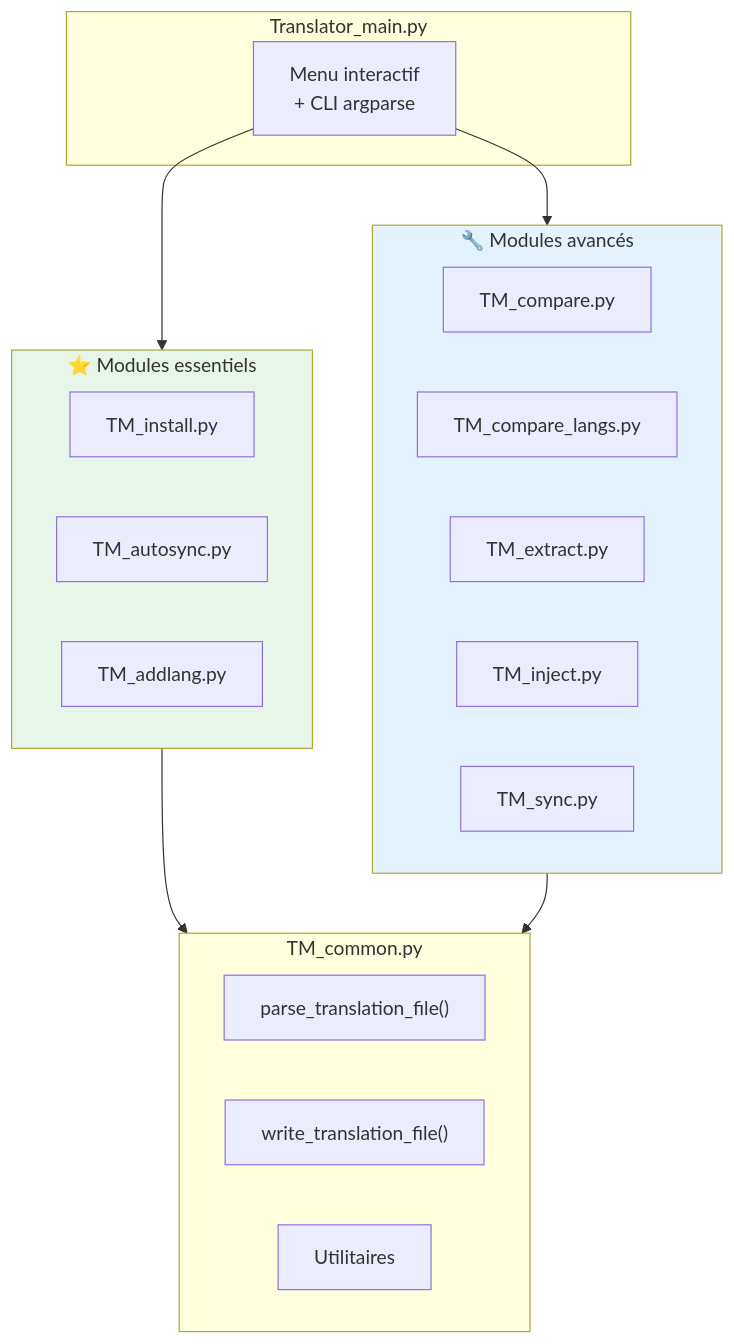
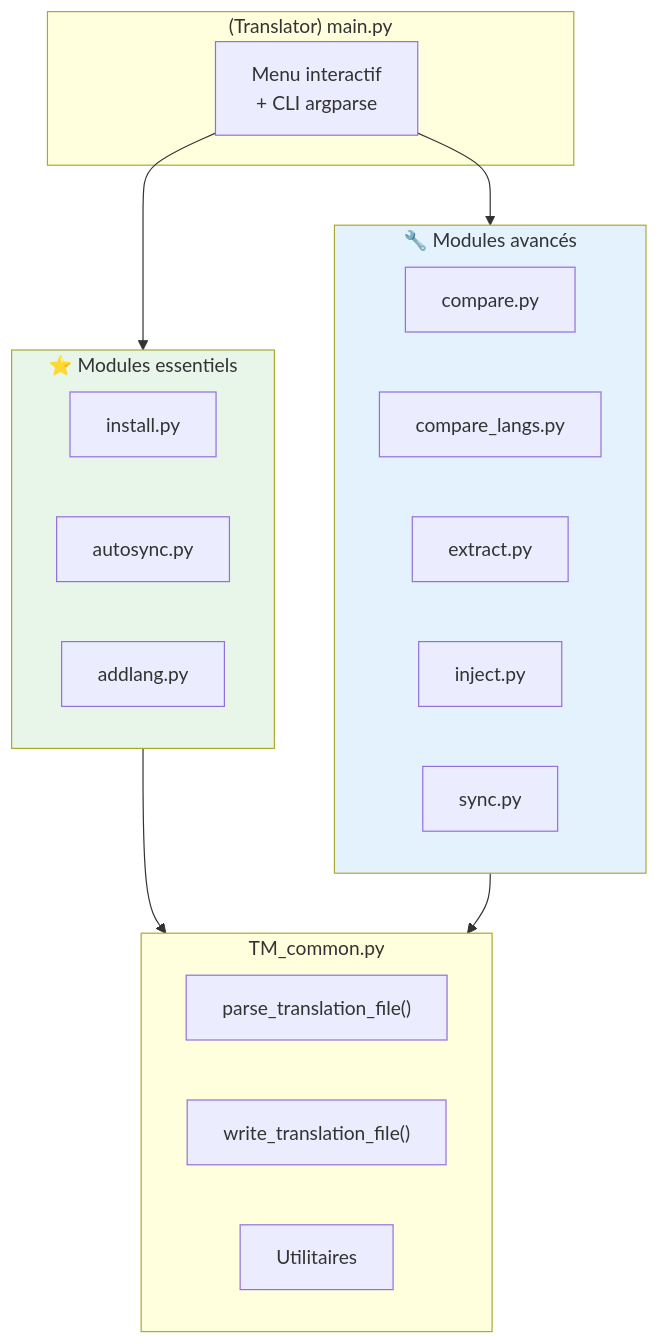
The third of 10 diagrams in tools/translator/__doc__/fr/Lisez-moi.md (Gotcha26/Adobe_Lightroom_Translation_Plugins_Kit), drawn with Mermaid before and after one commit. The commit also changed other lines of this file and 12 other files, not shown here.

````diff
--- a/tools/translator/__doc__/fr/Lisez-moi.md
+++ b/tools/translator/__doc__/fr/Lisez-moi.md
@@ -125,33 +125,33 @@
 ```mermaid
 flowchart TB
-    subgraph Main["Translator_main.py"]
+    subgraph Main["(Translator) main.py"]
         M["Menu interactif<br/>+ CLI argparse"]
     end
 
     subgraph Essential["⭐ Modules essentiels"]
-        I["TM_install.py"]
-        AS["TM_autosync.py"]
-        AL["TM_addlang.py"]
+        I["install.py"]
+        AS["autosync.py"]
+        AL["addlang.py"]
     end
 
     subgraph Advanced["🔧 Modules avancés"]
-        CO["TM_compare.py"]
-        CL["TM_compare_langs.py"]
-        EX["TM_extract.py"]
-        IN["TM_inject.py"]
-        SY["TM_sync.py"]
+        CO["compare.py"]
+        CL["compare_langs.py"]
+        EX["extract.py"]
+        IN["inject.py"]
+        SY["sync.py"]
     end
 
     subgraph Common["TM_common.py"]
         P["parse_translation_file()"]
         W["write_translation_file()"]
         U["Utilitaires"]
     end
 
     M --> Essential & Advanced
     Essential --> Common
     Advanced --> Common
 
     style Essential fill:#E8F5E9
     style Advanced fill:#E3F2FD
 ```
````
